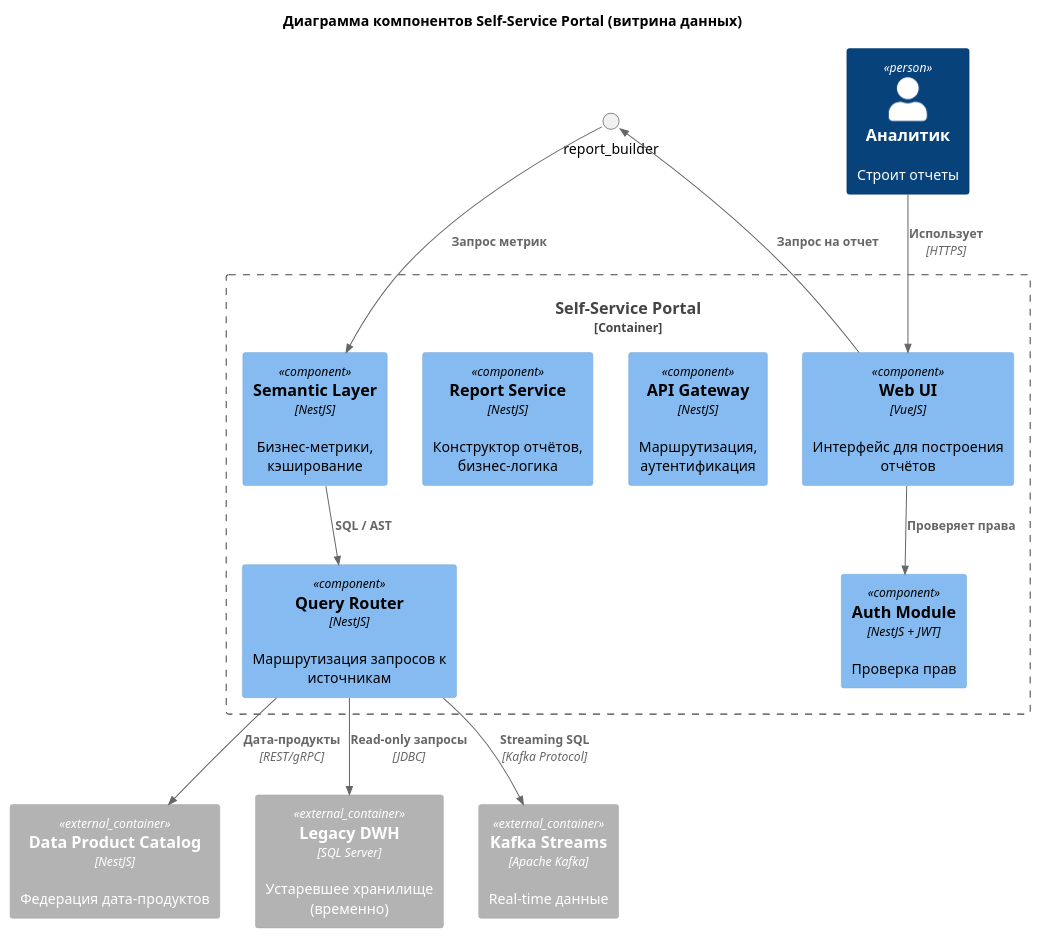
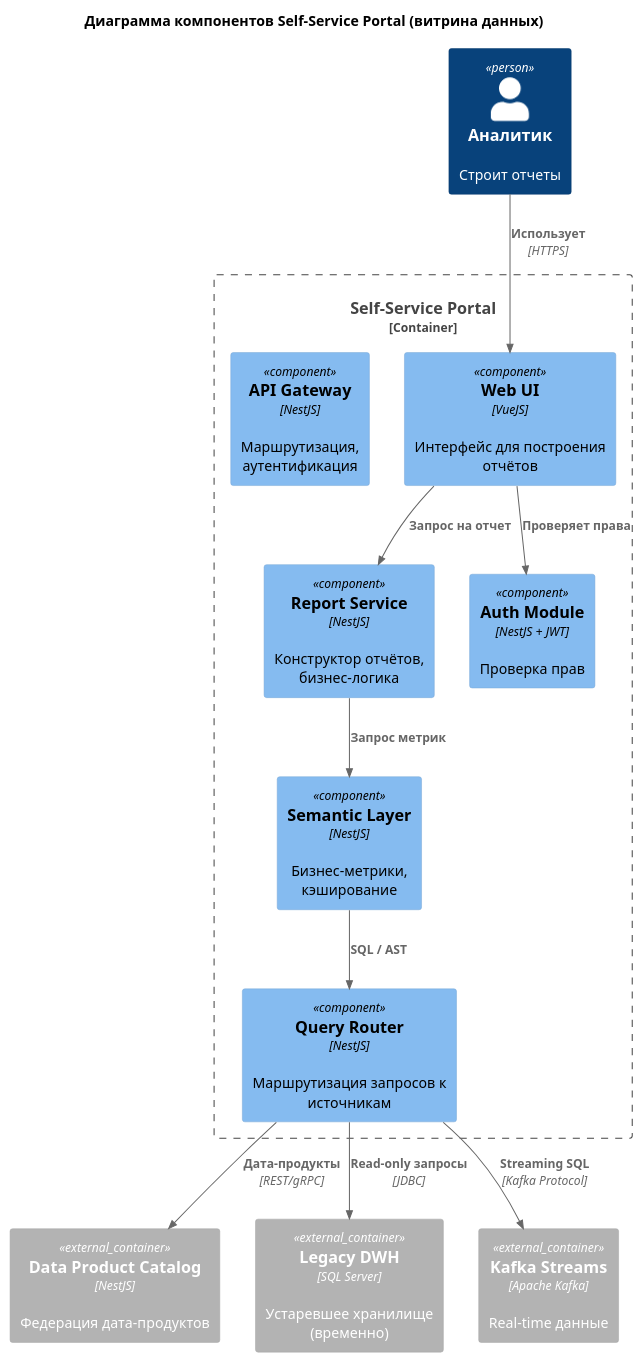
One commit to mirina47/architecture-pro-future_2_0 changed the diagram in Task3Advanced/C4_Component_SelfServicePortal.puml. Above: the diagram before and after it, drawn with PlantUML. The commit also changed 5 other files, not shown here.

```diff
--- a/Task3Advanced/C4_Component_SelfServicePortal.puml
+++ b/Task3Advanced/C4_Component_SelfServicePortal.puml
@@ -1,30 +1,30 @@
 @startuml C4_Component_SelfServicePortal
 !include https://raw.githubusercontent.com/plantuml-stdlib/C4-PlantUML/master/C4_Component.puml
 
 title Диаграмма компонентов Self‑Service Portal (витрина данных)
 
 Person(analyst, "Аналитик", "Строит отчеты")
 
 Container_Boundary(ssp, "Self‑Service Portal") {
     Component(web_ui, "Web UI", "VueJS", "Интерфейс для построения отчётов")
     Component(api_gateway, "API Gateway", "NestJS", "Маршрутизация, аутентификация")
     Component(report_service, "Report Service", "NestJS", "Конструктор отчётов, бизнес-логика")
     Component(semantic_layer, "Semantic Layer", "NestJS", "Бизнес-метрики, кэширование")
     Component(query_router, "Query Router", "NestJS", "Маршрутизация запросов к источникам")
     Component(auth, "Auth Module", "NestJS + JWT", "Проверка прав")
 }
 
 Container_Ext(data_catalog, "Data Product Catalog", "NestJS", "Федерация дата-продуктов")
 Container_Ext(legacy_dwh, "Legacy DWH", "SQL Server", "Устаревшее хранилище (временно)")
 Container_Ext(kafka, "Kafka Streams", "Apache Kafka", "Real-time данные")
 
 Rel(analyst, web_ui, "Использует", "HTTPS")
 Rel(web_ui, auth, "Проверяет права")
-Rel(web_ui, report_builder, "Запрос на отчет")
-Rel(report_builder, semantic_layer, "Запрос метрик")
+Rel(web_ui, report_service, "Запрос на отчет")
+Rel(report_service, semantic_layer, "Запрос метрик")
 Rel(semantic_layer, query_router, "SQL / AST")
 Rel(query_router, data_catalog, "Дата-продукты", "REST/gRPC")
 Rel(query_router, legacy_dwh, "Read-only запросы", "JDBC")
 Rel(query_router, kafka, "Streaming SQL", "Kafka Protocol")
 
 @enduml
```
